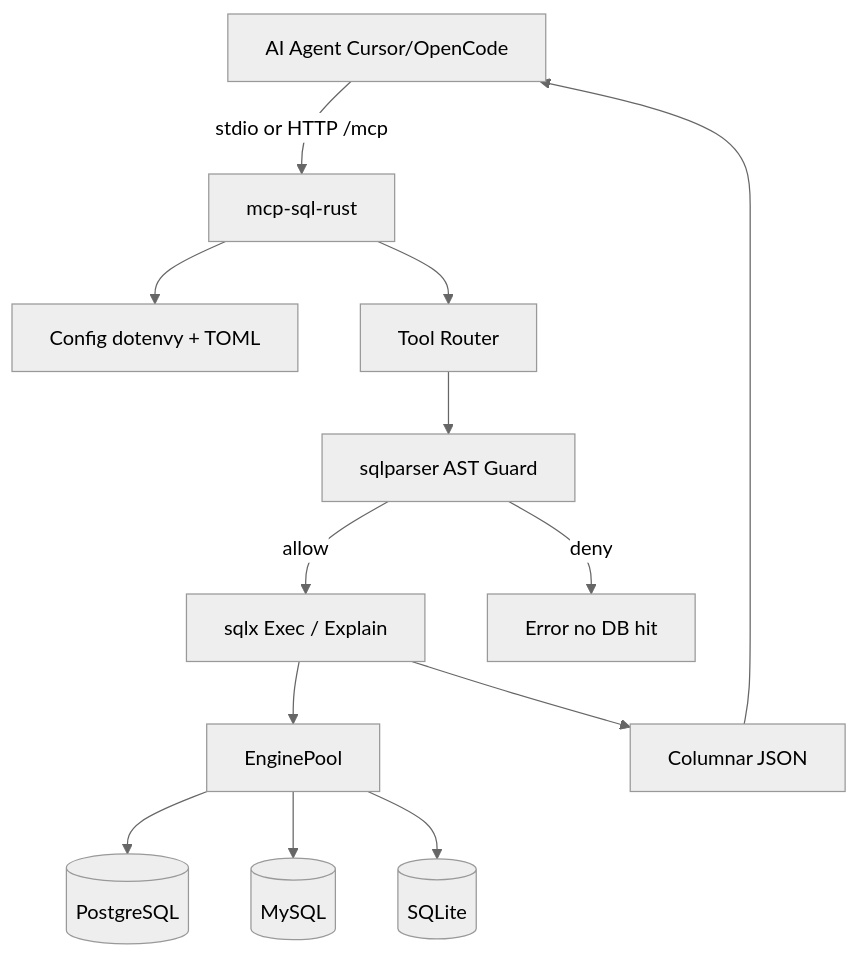
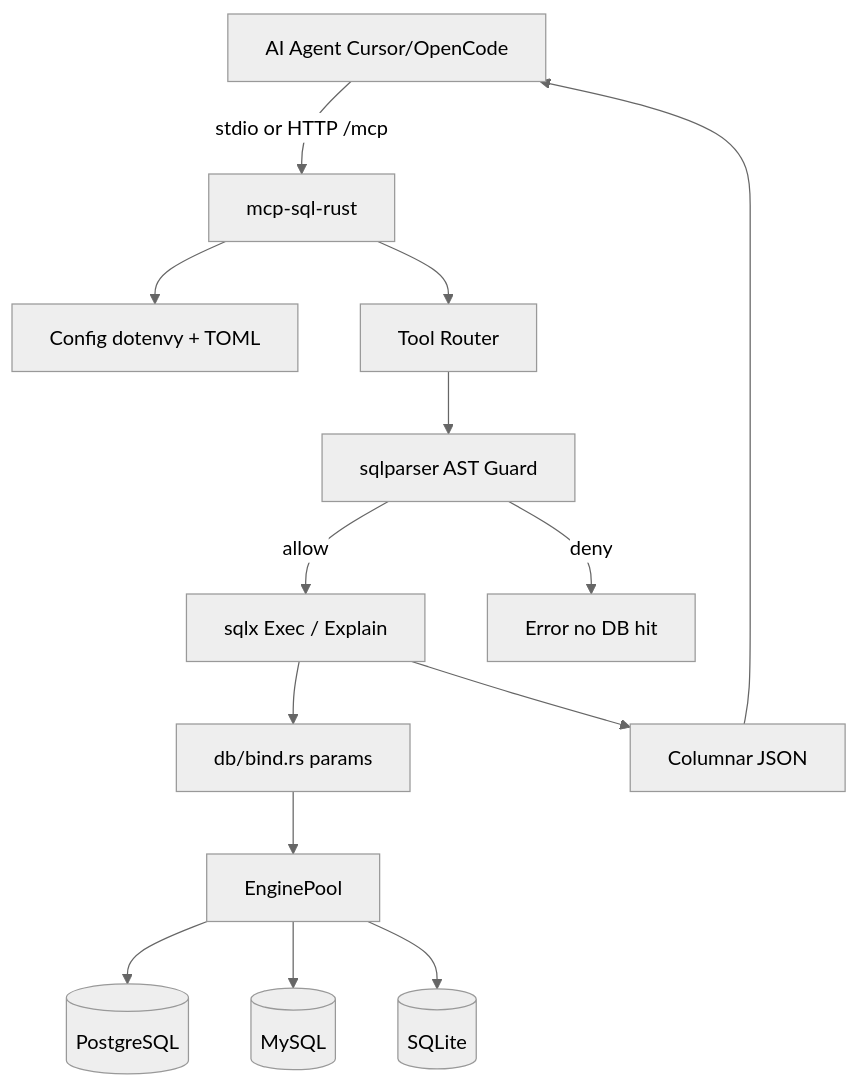
One commit to rzlco666/mcp-sql-rust changed the diagram in docs/ARCHITECTURE.md. Above: the diagram before and after it, drawn with Mermaid (neutral theme). The commit also changed other lines of this file and 36 other files, not shown here.

````diff
--- a/docs/ARCHITECTURE.md
+++ b/docs/ARCHITECTURE.md
@@ -14,15 +14,16 @@
 ```mermaid
 flowchart TB
   Agent[AI Agent Cursor/OpenCode] -->|stdio or HTTP /mcp| Server[mcp-sql-rust]
   Server --> Cfg[Config dotenvy + TOML]
   Server --> Tools[Tool Router]
   Tools --> Guard[sqlparser AST Guard]
   Guard -->|allow| Exec[sqlx Exec / Explain]
   Guard -->|deny| Err[Error no DB hit]
-  Exec --> Pool[EnginePool]
+  Exec --> Bind[db/bind.rs params]
+  Bind --> Pool[EnginePool]
   Pool --> PG[(PostgreSQL)]
   Pool --> MY[(MySQL)]
   Pool --> SQ[(SQLite)]
   Exec --> Col[Columnar JSON]
   Col --> Agent
 ```
````
